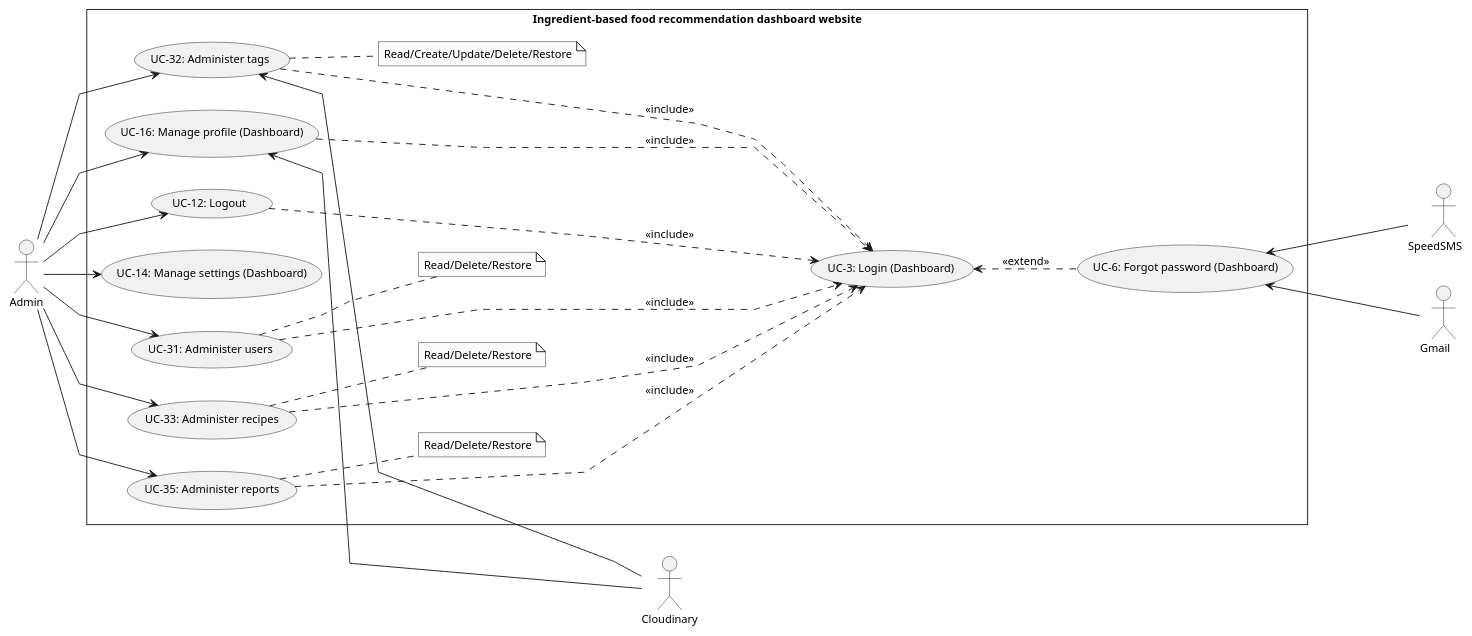
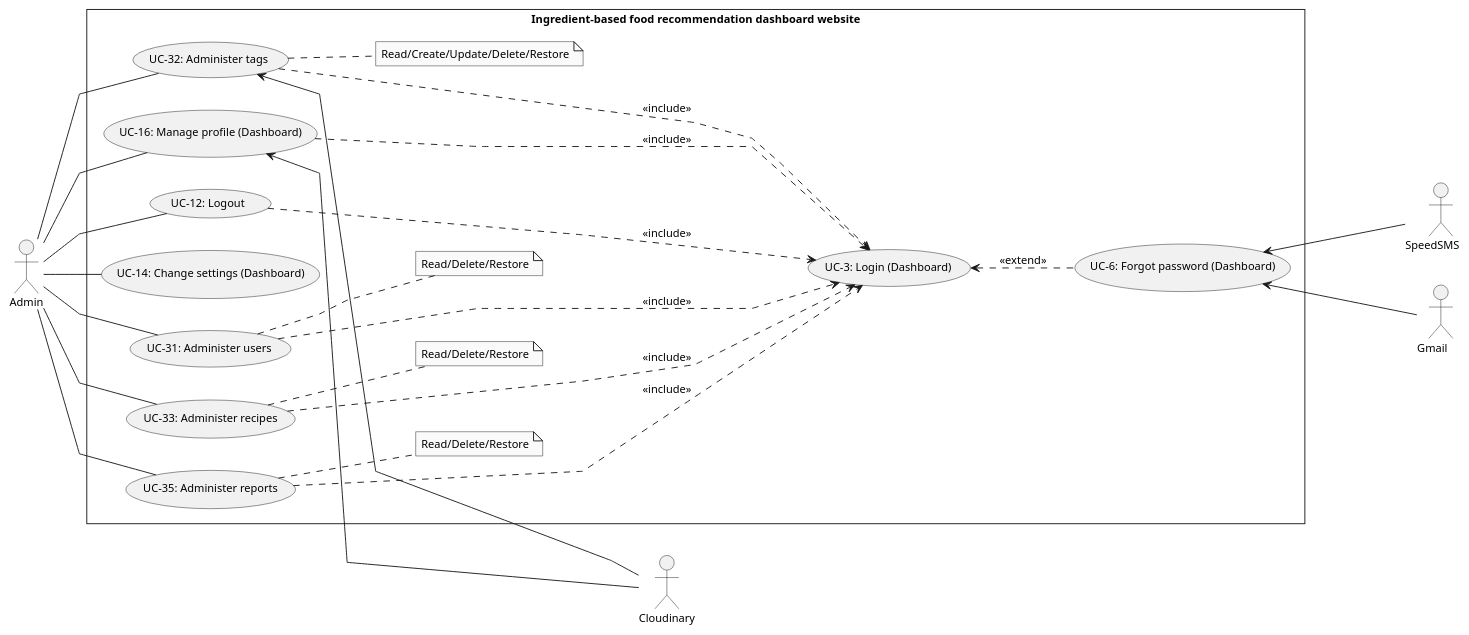
Before and after one commit to Carl-Johnsons/tastopia: the diagram in doc/SRS/Usecase/AdminUsecase/AdminUsecase.plantuml, drawn with PlantUML. The commit also changed 7 other files, not shown here.

```diff
--- a/doc/SRS/Usecase/AdminUsecase/AdminUsecase.plantuml
+++ b/doc/SRS/Usecase/AdminUsecase/AdminUsecase.plantuml
@@ -1,57 +1,57 @@
 @startuml AdminUsecase
 skinparam style strictuml
 skinparam monochrome true
 skinparam linetype polyline
 skinparam defaultFontSize 12
 left to right direction
 actor "Admin" as admin
 actor "Cloudinary" as cl
 actor "SpeedSMS      " as sms
 actor "Gmail      " as gmail
 
 rectangle Ingredient-based<U+0020>food<U+0020>recommendation<U+0020>dashboard<U+0020>website {
     usecase "UC-3: Login (Dashboard)" as ucLogin
     usecase "UC-6: Forgot password (Dashboard)" as ucForgotPassword
     usecase "UC-12: Logout" as ucLogout
-    usecase "UC-14: Manage settings (Dashboard)" as ucManageSetting
+    usecase "UC-14: Change settings (Dashboard)" as ucManageSetting
     usecase "UC-16: Manage profile (Dashboard)" as ucManageProfile
 
     usecase "UC-31: Administer users" as ucAdmUser
     usecase "UC-32: Administer tags" as ucAdmTags
     usecase "UC-33: Administer recipes" as ucAdmRecipe
     usecase "UC-35: Administer reports" as ucAdmReport
 
 
     note "Read/Delete/Restore" as noteAdmUser
     note "Read/Delete/Restore" as noteAdmRecipe
     note "Read/Create/Update/Delete/Restore" as noteAdmTag
     note "Read/Delete/Restore" as noteAdmReport
 
-    admin --> ucAdmUser
+    admin -- ucAdmUser
         ucAdmUser .. noteAdmUser
-    admin --> ucAdmRecipe
+    admin -- ucAdmRecipe
         ucAdmRecipe .. noteAdmRecipe
-    admin --> ucAdmReport
+    admin -- ucAdmReport
         ucAdmReport .. noteAdmReport
-    admin --> ucAdmTags
+    admin -- ucAdmTags
         ucAdmTags .. noteAdmTag
-    admin --> ucManageProfile
-    admin --> ucManageSetting
-    admin --> ucLogout
+    admin -- ucManageProfile
+    admin -- ucManageSetting
+    admin -- ucLogout
 
     ucLogout .....> ucLogin : <<include>>
     ucAdmUser .....> ucLogin : <<include>>
     ucAdmRecipe .....> ucLogin : <<include>>
     ucAdmTags .....> ucLogin : <<include>>
     ucManageProfile .....> ucLogin : <<include>>
     ucAdmReport .....> ucLogin : <<include>>
 
     ucLogin <.. ucForgotPassword : <<extend>>
 
     cl --up-> ucManageProfile
     cl --up-> ucAdmTags
     sms --up-> ucForgotPassword
     gmail --up-> ucForgotPassword
 }
 
 @enduml
```
